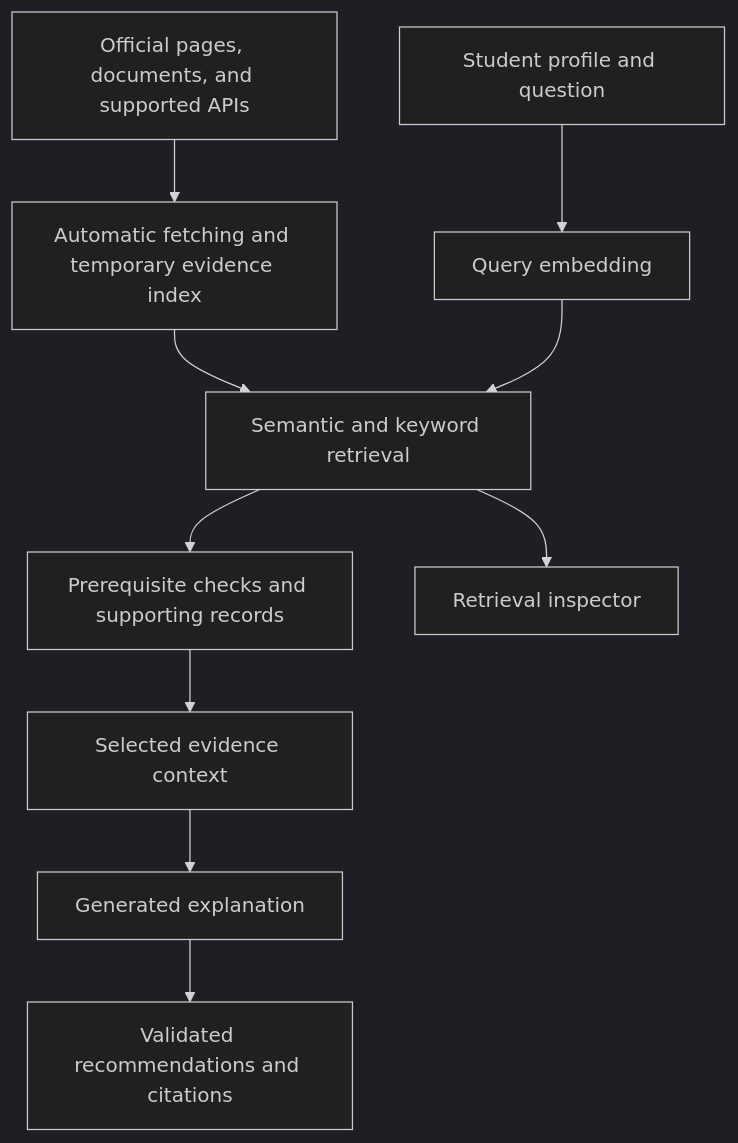
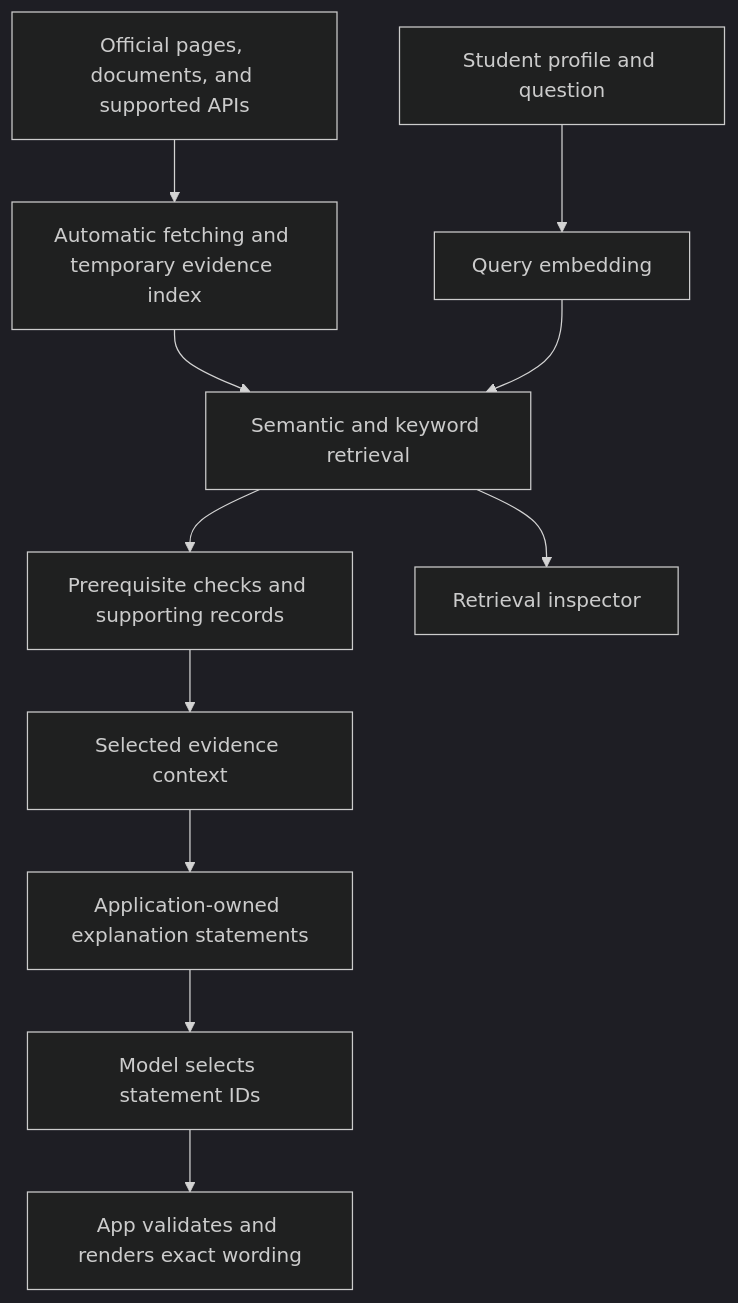
One commit to JSM-Shinkiro/ece-learning-advisor changed the diagram in docs/01_RAG_DESIGN.md. Above: the diagram before and after it, drawn with Mermaid (dark theme). The commit also changed other lines of this file and 22 other files, not shown here.

````diff
--- a/docs/01_RAG_DESIGN.md
+++ b/docs/01_RAG_DESIGN.md
@@ -9,12 +9,13 @@
 ```mermaid
 flowchart TD
     A["Student profile and question"] --> B["Query embedding"]
     S["Official pages, documents, and supported APIs"] --> C["Automatic fetching and temporary evidence index"]
     C --> D["Semantic and keyword retrieval"]
     B --> D
     D --> E["Prerequisite checks and supporting records"]
     E --> F["Selected evidence context"]
-    F --> G["Generated explanation"]
-    G --> H["Validated recommendations and citations"]
+    F --> G["Application-owned explanation statements"]
+    G --> H["Model selects statement IDs"]
+    H --> J["App validates and renders exact wording"]
     D --> I["Retrieval inspector"]
 ```
````
